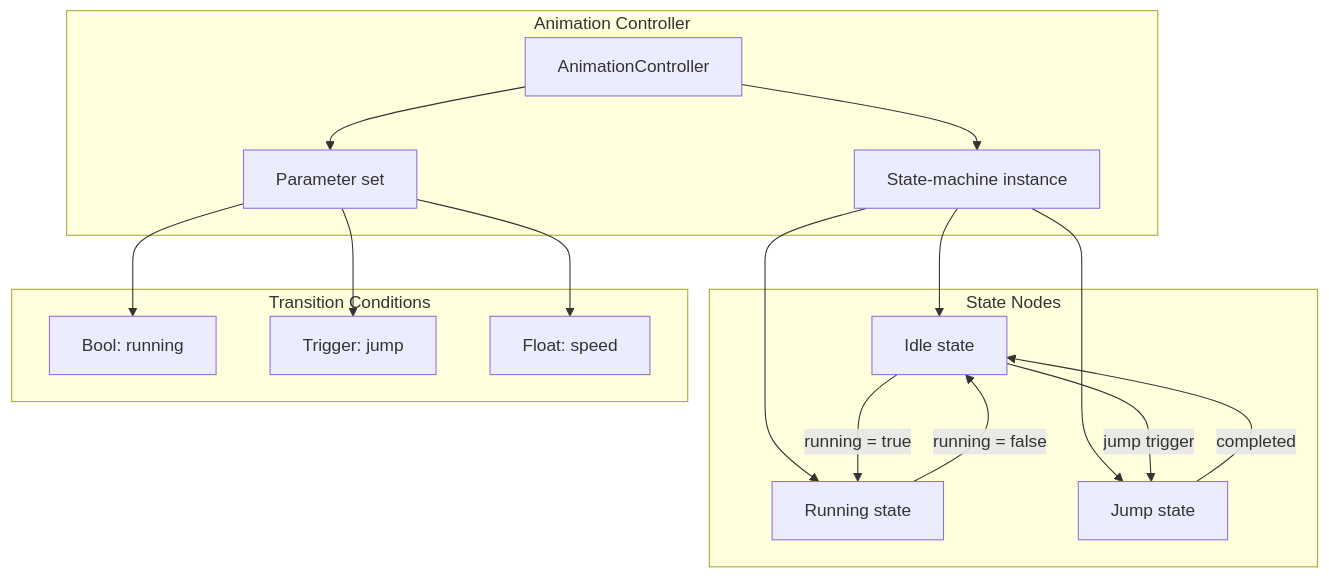
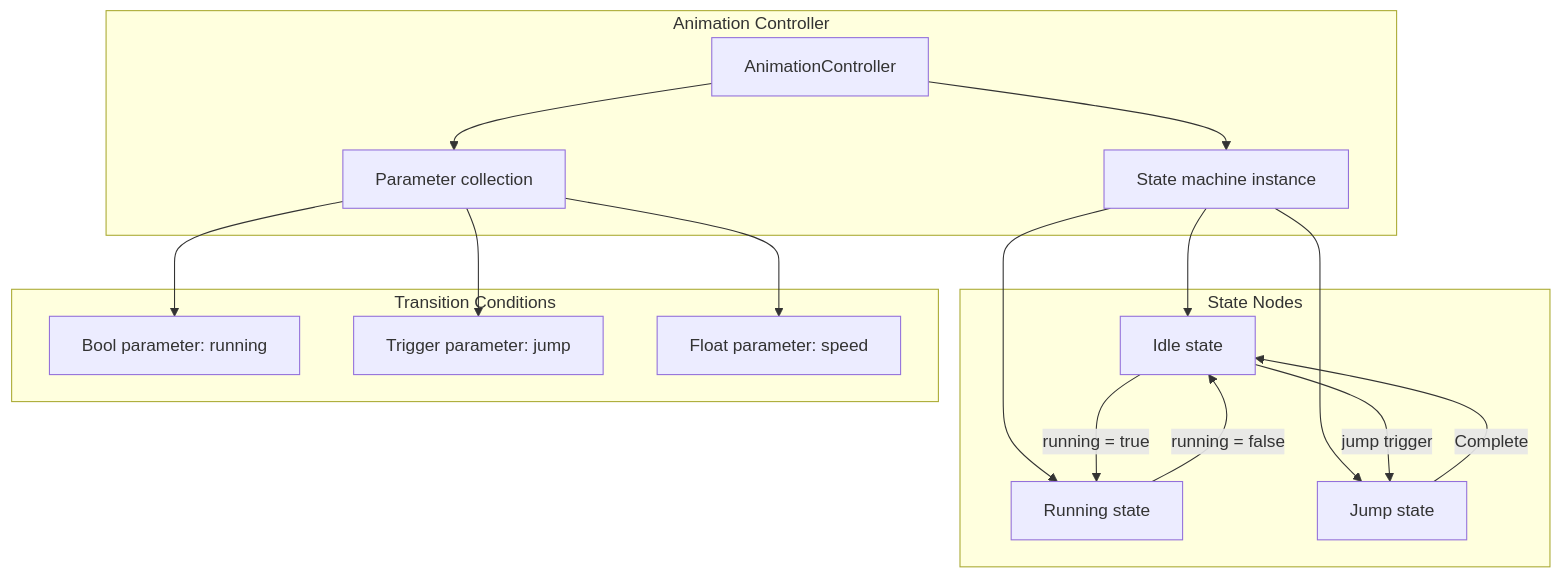
Diagram 12 of 12 in ARCHITECTURE_EN.md (NGLSG/Luma), drawn with Mermaid before and after one commit. The commit also changed other lines of this file and 61 other files, not shown here.

````diff
--- a/ARCHITECTURE_EN.md
+++ b/ARCHITECTURE_EN.md
@@ -285,25 +295,25 @@
 ```mermaid
 graph TD
     subgraph "Animation Controller"
         A[AnimationController]
-        B[State-machine instance]
-        C[Parameter set]
+        B[State machine instance]
+        C[Parameter collection]
     end
 
     subgraph "State Nodes"
         D[Idle state]
         E[Running state]
         F[Jump state]
     end
 
     subgraph "Transition Conditions"
-        G[Bool: running]
-        H[Trigger: jump]
-        I[Float: speed]
+        G[Bool parameter: running]
+        H[Trigger parameter: jump]
+        I[Float parameter: speed]
     end
 
     A --> B; A --> C; B --> D; B --> E; B --> F;
     D -->|running = true| E; E -->|running = false| D;
-    D -->|jump trigger| F; F -->|completed| D;
+    D -->|jump trigger| F; F -->|Complete| D;
     C --> G; C --> H; C --> I
 ```
````
